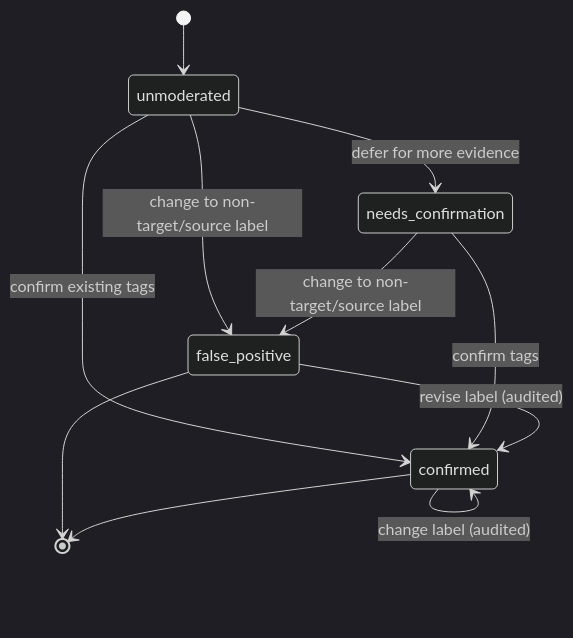
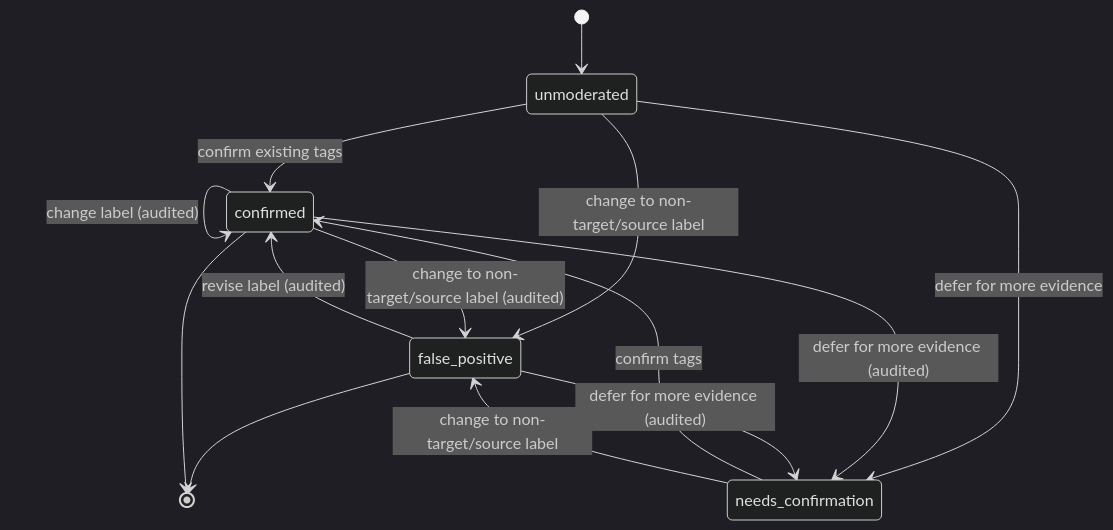
Before and after one commit to orcasound/orcahello: the second of 2 diagrams in ModeratorFrontEnd/specification/signal-moderation-ux-proposal.md, drawn with Mermaid (dark theme). The commit also changed other lines of this file and 1 other file, not shown here.

````diff
--- a/ModeratorFrontEnd/specification/signal-moderation-ux-proposal.md
+++ b/ModeratorFrontEnd/specification/signal-moderation-ux-proposal.md
@@ -705,13 +973,16 @@
 ```mermaid
 stateDiagram-v2
   [*] --> unmoderated
   unmoderated --> confirmed: confirm existing tags
   unmoderated --> false_positive: change to non-target/source label
   unmoderated --> needs_confirmation: defer for more evidence
   needs_confirmation --> confirmed: confirm tags
   needs_confirmation --> false_positive: change to non-target/source label
   confirmed --> confirmed: change label (audited)
+  confirmed --> false_positive: change to non-target/source label (audited)
+  confirmed --> needs_confirmation: defer for more evidence (audited)
   false_positive --> confirmed: revise label (audited)
+  false_positive --> needs_confirmation: defer for more evidence (audited)
   false_positive --> [*]
   confirmed --> [*]
 ```
````
